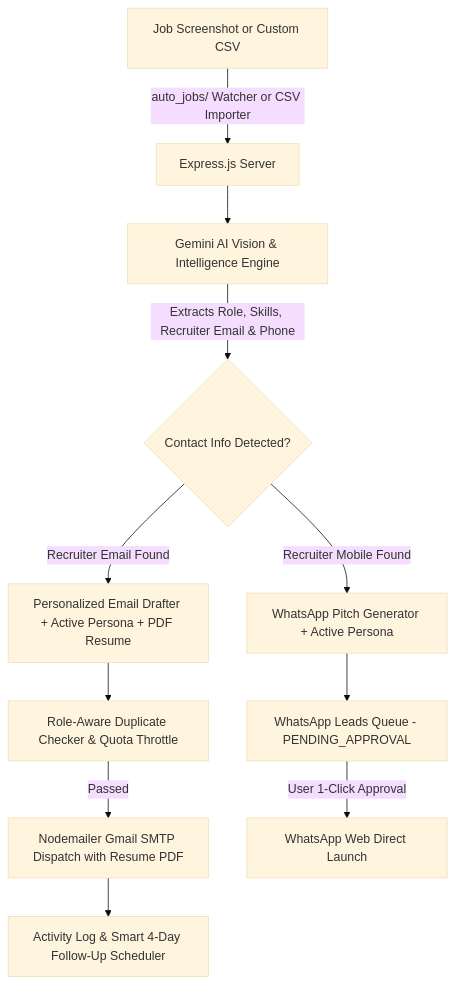
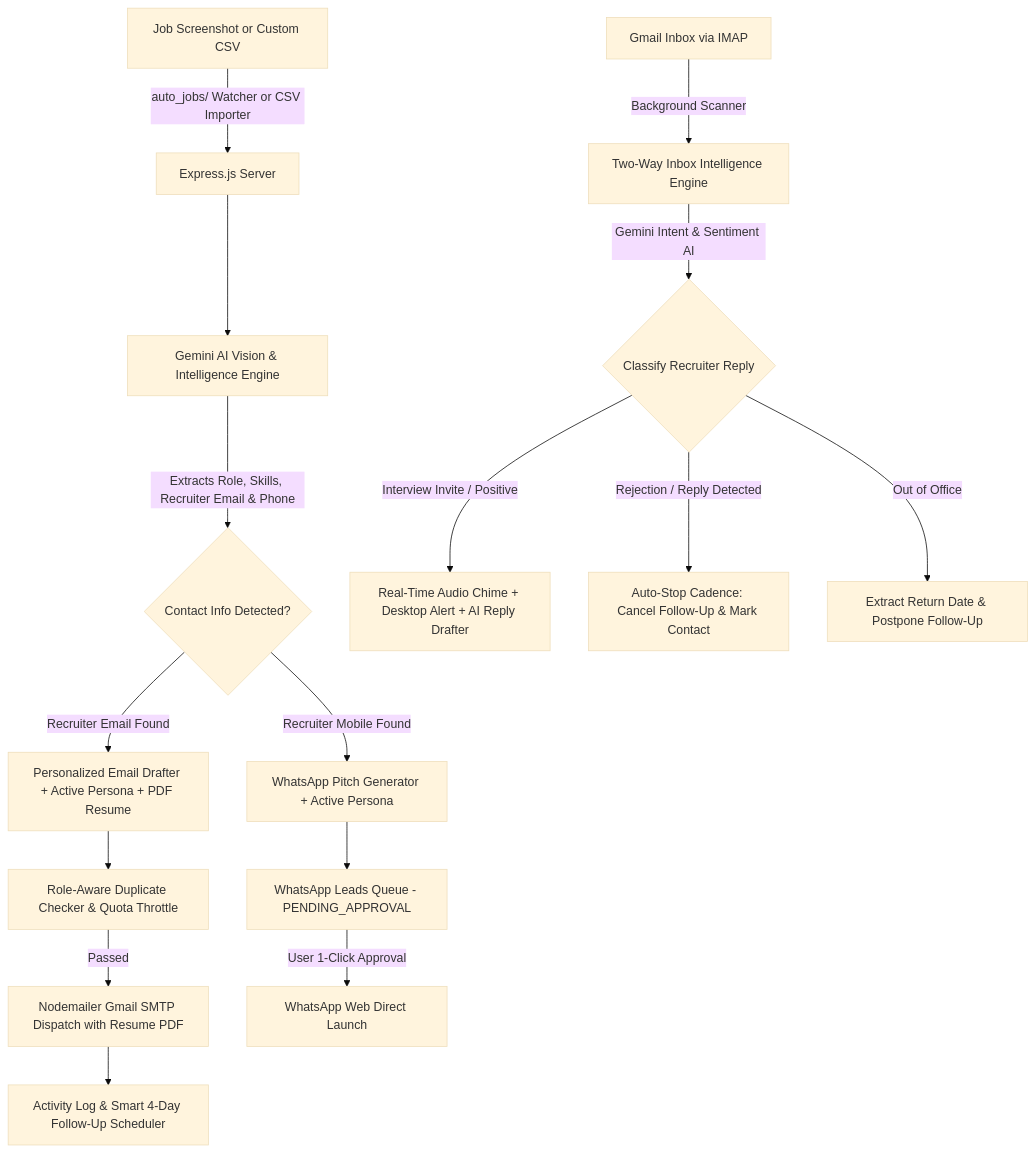
The diagram in README.md (ajayautade/auto-job-apply), drawn with Mermaid (base theme) before and after one commit. The commit also changed other lines of this file and 7 other files, not shown here.

Commit message:
feat(inbox): implement two-way inbox intelligence, recruiter intent categorization, and cadence auto-stop

````diff
--- a/README.md
+++ b/README.md
@@ -70,13 +82,19 @@
 ```mermaid
 graph TD
     A[Job Screenshot or Custom CSV] -->|auto_jobs/ Watcher or CSV Importer| B[Express.js Server]
     B --> C[Gemini AI Vision & Intelligence Engine]
     C -->|Extracts Role, Skills, Recruiter Email & Phone| D{Contact Info Detected?}
     D -->|Recruiter Email Found| E[Personalized Email Drafter + Active Persona + PDF Resume]
     D -->|Recruiter Mobile Found| F[WhatsApp Pitch Generator + Active Persona]
     E --> G[Role-Aware Duplicate Checker & Quota Throttle]
     G -->|Passed| H[Nodemailer Gmail SMTP Dispatch with Resume PDF]
     H --> I[Activity Log & Smart 4-Day Follow-Up Scheduler]
     F --> J[WhatsApp Leads Queue - PENDING_APPROVAL]
     J -->|User 1-Click Approval| K[WhatsApp Web Direct Launch]
+    
+    L[Gmail Inbox via IMAP] -->|Background Scanner| M[Two-Way Inbox Intelligence Engine]
+    M -->|Gemini Intent & Sentiment AI| N{Classify Recruiter Reply}
+    N -->|Interview Invite / Positive| O[Real-Time Audio Chime + Desktop Alert + AI Reply Drafter]
+    N -->|Rejection / Reply Detected| P[Auto-Stop Cadence: Cancel Follow-Up & Mark Contact]
+    N -->|Out of Office| Q[Extract Return Date & Postpone Follow-Up]
 ```
````
